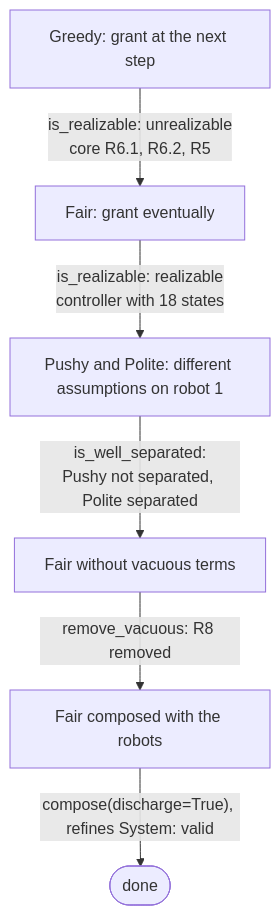
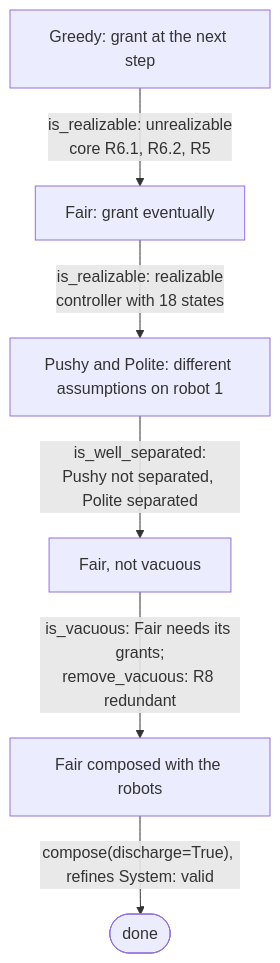
The second of 2 diagrams in handbook/docs/demos/charger.md (chase-cps/chase-cps.github.io), drawn with Mermaid before and after one commit. The commit also changed other lines of this file and 6 other files, not shown here.

````diff
--- a/handbook/docs/demos/charger.md
+++ b/handbook/docs/demos/charger.md
@@ -26,8 +26,8 @@
 ```mermaid
 flowchart TD
     G["Greedy: grant at the next step"] -- "is_realizable: unrealizable<br/>core R6.1, R6.2, R5" --> F["Fair: grant eventually"]
     F -- "is_realizable: realizable<br/>controller with 18 states" --> P["Pushy and Polite: different assumptions on robot 1"]
-    P -- "is_well_separated:<br/>Pushy not separated, Polite separated" --> V["Fair without vacuous terms"]
-    V -- "remove_vacuous: R8 removed" --> C["Fair composed with the robots"]
+    P -- "is_well_separated:<br/>Pushy not separated, Polite separated" --> V["Fair, not vacuous"]
+    V -- "is_vacuous: Fair needs its grants;<br/>remove_vacuous: R8 redundant" --> C["Fair composed with the robots"]
     C -- "compose(discharge=True), refines System: valid" --> D(["done"])
 ```
````
